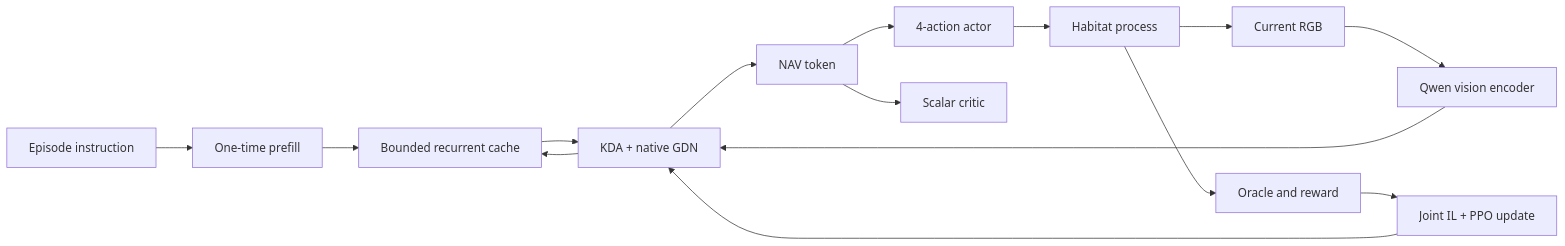
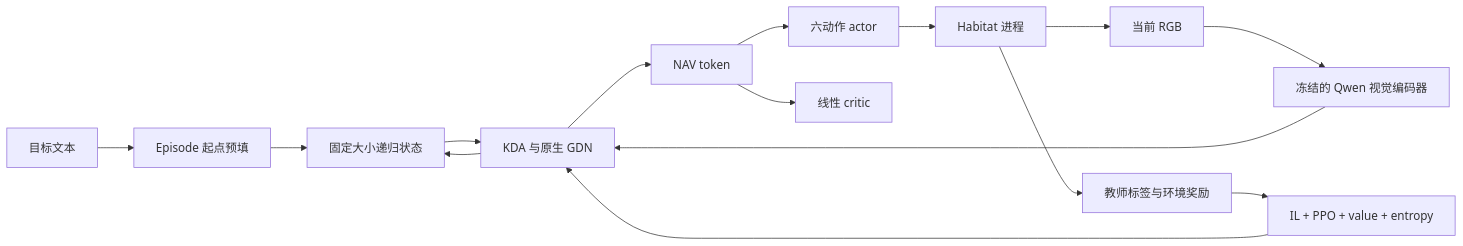
One commit to AlanLiangC/FastVLN changed the diagram in docs/architecture.md. Above: the diagram before and after it, drawn with Mermaid. The commit also changed other lines of this file and 84 other files, not shown here.

````diff
--- a/docs/architecture.md
+++ b/docs/architecture.md
@@ -5,17 +9,17 @@
 ```mermaid
 flowchart LR
-    I[Episode instruction] --> P[One-time prefill]
-    P --> C[Bounded recurrent cache]
-    R[Current RGB] --> V[Qwen vision encoder]
-    V --> K[KDA + native GDN]
+    I[目标文本] --> P[Episode 起点预填]
+    P --> C[固定大小递归状态]
+    R[当前 RGB] --> V[冻结的 Qwen 视觉编码器]
+    V --> K[KDA 与原生 GDN]
     C --> K
     K --> C
     K --> N[NAV token]
-    N --> A[4-action actor]
-    N --> B[Scalar critic]
-    A --> E[Habitat process]
+    N --> A[六动作 actor]
+    N --> B[线性 critic]
+    A --> E[Habitat 进程]
     E --> R
-    E --> O[Oracle and reward]
-    O --> T[Joint IL + PPO update]
+    E --> O[教师标签与环境奖励]
+    O --> T[IL + PPO + value + entropy]
     T --> K
 ```
````
